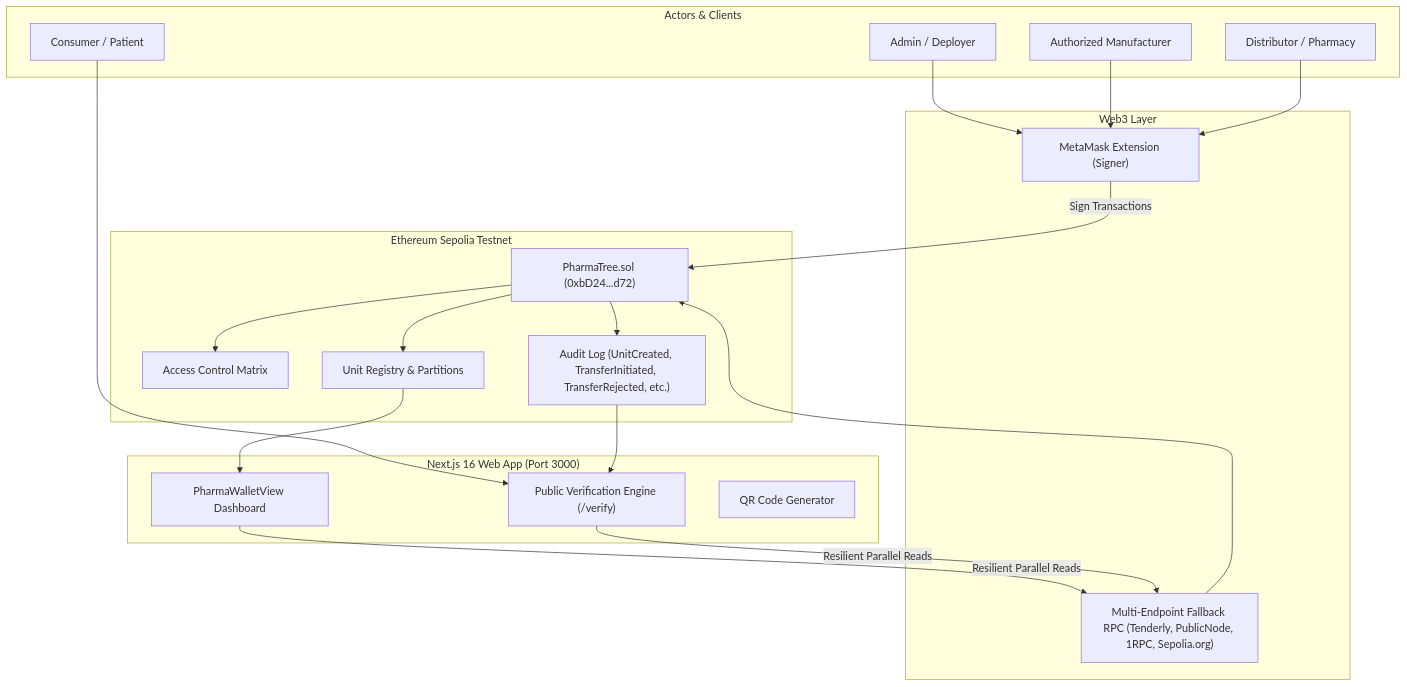
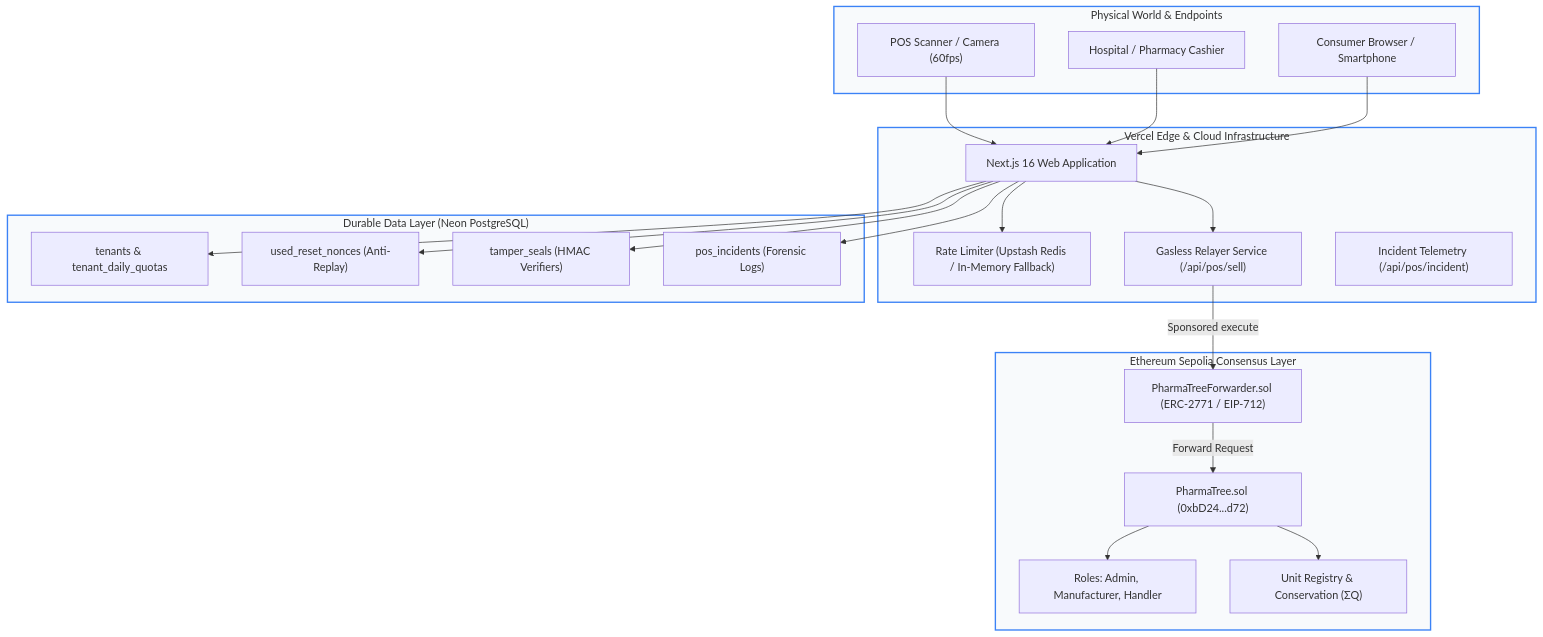
Before and after one commit to ayonm95/pharmatree: the diagram in README.md, drawn with Mermaid. The commit also changed other lines of this file and 11 other files, not shown here.

````diff
--- a/README.md
+++ b/README.md
@@ -33,36 +36,41 @@
 ```mermaid
 flowchart TD
-    subgraph Users["Actors & Clients"]
-        Admin["Admin / Deployer"]
-        Mfr["Authorized Manufacturer"]
-        Handler["Distributor / Pharmacy"]
-        Public["Consumer / Patient"]
+    subgraph Clients["Physical World & Endpoints"]
+        Scanner["POS Scanner / Camera (60fps)"]
+        Consumer["Consumer Browser / Smartphone"]
+        Pharmacist["Hospital / Pharmacy Cashier"]
     end
 
-    subgraph Frontend["Next.js 16 Web App (Port 3000)"]
-        UI["PharmaWalletView Dashboard"]
-        VerifyUI["Public Verification Engine (/verify)"]
-        QRGen["QR Code Generator"]
+    subgraph Edge["Vercel Edge & Cloud Infrastructure"]
+        NextApp["Next.js 16 Web Application"]
+        RateLimit["Rate Limiter (Upstash Redis / In-Memory Fallback)"]
+        Relayer["Gasless Relayer Service (/api/pos/sell)"]
+        IncidentLogger["Incident Telemetry (/api/pos/incident)"]
     end
 
-    subgraph Web3["Web3 Layer"]
-        MetaMask["MetaMask Extension (Signer)"]
-        ReadRPC["Multi-Endpoint Fallback RPC (Tenderly, PublicNode, 1RPC, Sepolia.org)"]
+    subgraph State["Durable Data Layer (Neon PostgreSQL)"]
+        Tenants["tenants & tenant_daily_quotas"]
+        UsedNonces["used_reset_nonces (Anti-Replay)"]
+        Seals["tamper_seals (HMAC Verifiers)"]
+        Incidents["pos_incidents (Forensic Logs)"]
     end
 
-    subgraph Blockchain["Ethereum Sepolia Testnet"]
+    subgraph Blockchain["Ethereum Sepolia Consensus Layer"]
+        Forwarder["PharmaTreeForwarder.sol (ERC-2771 / EIP-712)"]
         Contract["PharmaTree.sol (0xbD24...d72)"]
-        RBAC["Access Control Matrix"]
-        Units["Unit Registry & Partitions"]
-        Events["Audit Log (UnitCreated, TransferInitiated, TransferRejected, etc.)"]
+        RBAC["Roles: Admin, Manufacturer, Handler"]
+        Ledger["Unit Registry & Conservation (ΣQ)"]
     end
 
-    Admin & Mfr & Handler --> MetaMask
-    Public --> VerifyUI
-    MetaMask -->|Sign Transactions| Contract
-    UI & VerifyUI -->|Resilient Parallel Reads| ReadRPC
-    ReadRPC --> Contract
-    Contract --> RBAC & Units & Events
-    Units --> UI
-    Events --> VerifyUI
+    Scanner & Pharmacist --> NextApp
+    Consumer --> NextApp
+    NextApp --> RateLimit
+    NextApp --> Tenants & UsedNonces & Seals & Incidents
+    NextApp --> Relayer
+    Relayer -->|Sponsored execute| Forwarder
+    Forwarder -->|Forward Request| Contract
+    Contract --> RBAC & Ledger
+
+    classDef trustBoundary fill:#f8fafc,stroke:#3b82f6,stroke-width:2px;
+    class Blockchain,State,Edge,Clients trustBoundary;
 ```
````
